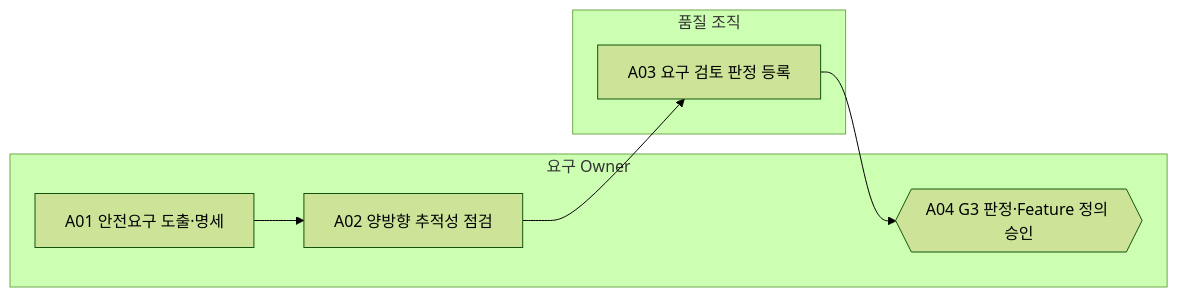
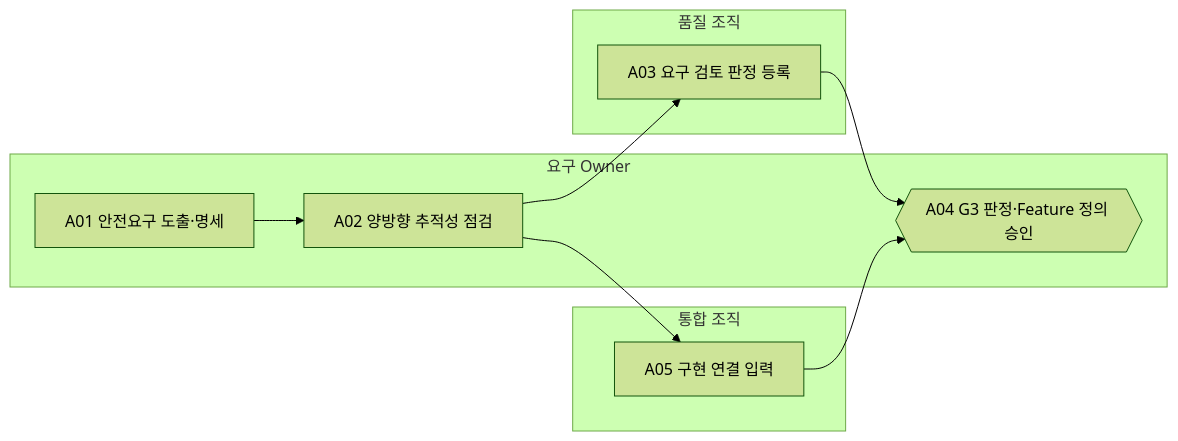
The diagram in docs/65-workflows/out/processes/FPW.3.md (mutuuslab/feature-topology-platform), drawn with Mermaid (forest theme) before and after one commit. The commit also changed other lines of this file and 370 other files, not shown here.

````diff
--- a/docs/65-workflows/out/processes/FPW.3.md
+++ b/docs/65-workflows/out/processes/FPW.3.md
@@ -25,14 +25,19 @@
 ```mermaid
 flowchart LR
   subgraph R_REQ["요구 Owner"]
     FPW_3_A01["A01 안전요구 도출·명세"]
     FPW_3_A02["A02 양방향 추적성 점검"]
     FPW_3_A04{{"A04 G3 판정·Feature 정의 승인"}}
   end
   subgraph R_QA["품질 조직"]
     FPW_3_A03["A03 요구 검토 판정 등록"]
   end
+  subgraph R_INT["통합 조직"]
+    FPW_3_A05["A05 구현 연결 입력"]
+  end
   FPW_3_A01 --> FPW_3_A02
   FPW_3_A02 --> FPW_3_A03
+  FPW_3_A02 --> FPW_3_A05
   FPW_3_A03 --> FPW_3_A04
+  FPW_3_A05 --> FPW_3_A04
 ```
````
